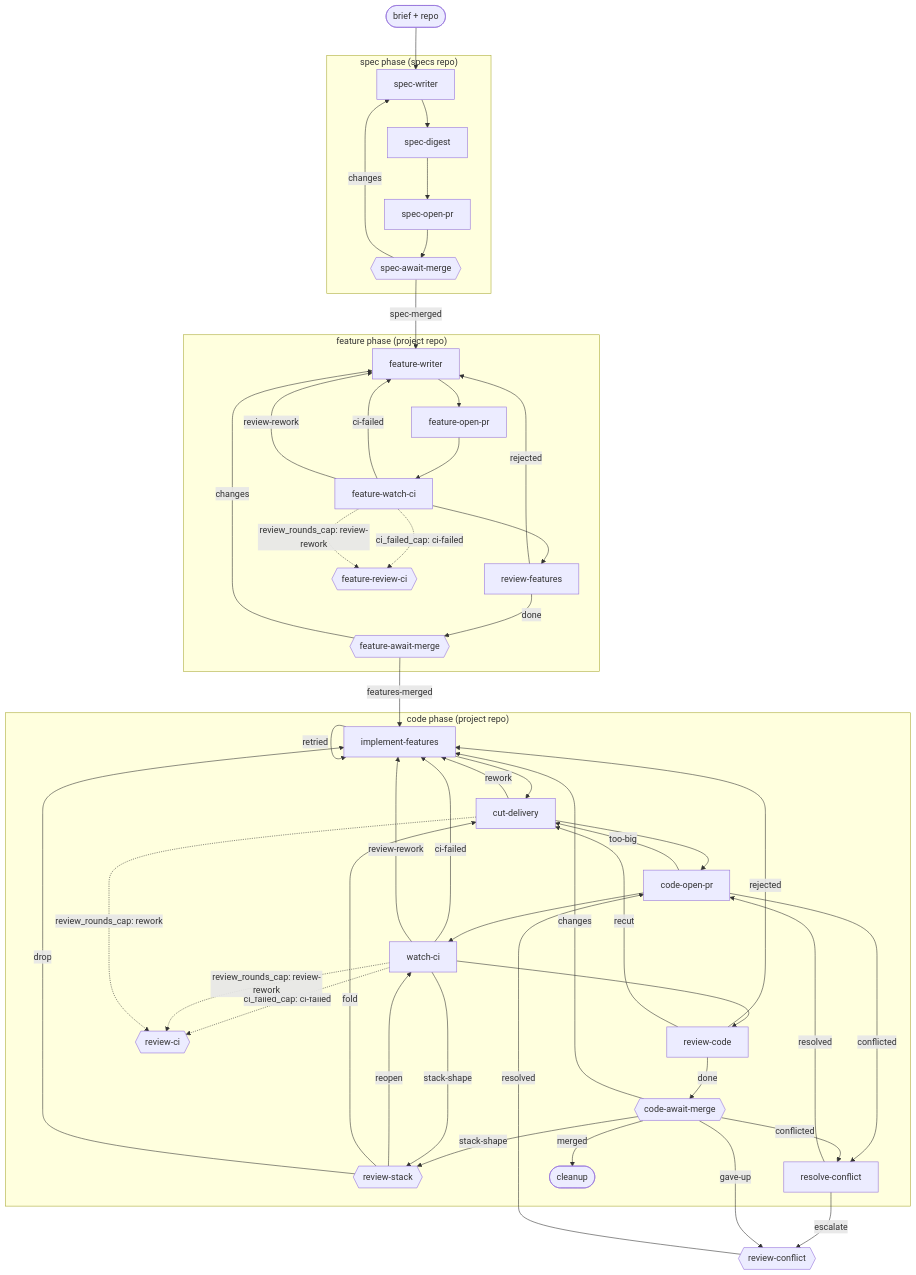
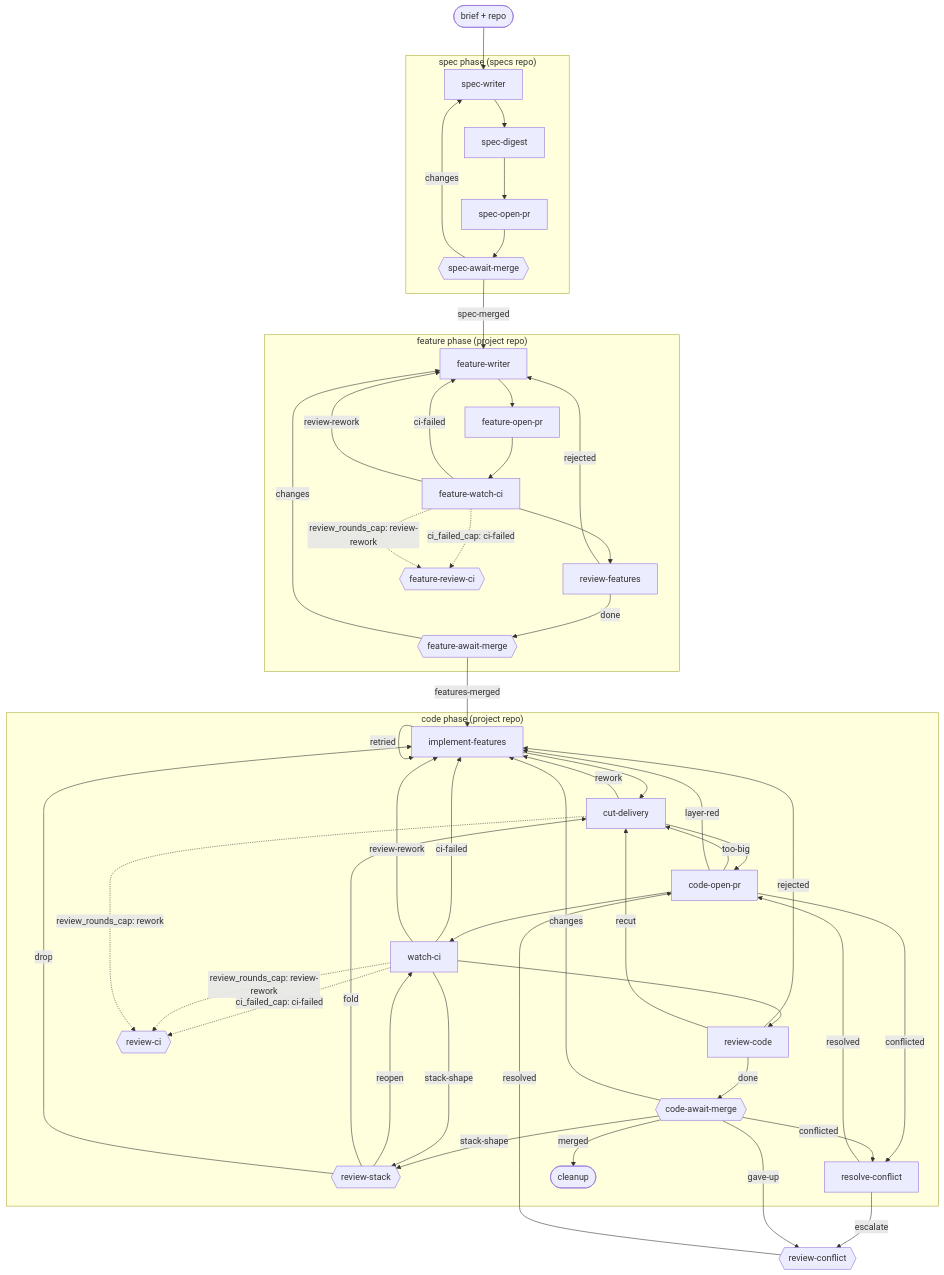
The diagram in docs/bdd-driven.md (kenmclennan/lightcycle-workflows), drawn with Mermaid before and after one commit. The commit also changed other lines of this file and 11 other files, not shown here.

First line of the commit message:
feat(workflows): route a red layer back to the coder with a layer-red edge

````diff
--- a/docs/bdd-driven.md
+++ b/docs/bdd-driven.md
@@ -15,47 +15,48 @@
 ```mermaid
 flowchart TD
     brief(["brief + repo"]) --> SW["spec-writer"]
     subgraph S ["spec phase (specs repo)"]
         SW --> SD["spec-digest"] --> SOP["spec-open-pr"] --> SAM{{"spec-await-merge"}}
         SAM -->|changes| SW
     end
     SAM -->|spec-merged| FW["feature-writer"]
     subgraph F ["feature phase (project repo)"]
         FW --> FOP["feature-open-pr"] --> FWCI["feature-watch-ci"] --> RF["review-features"]
         FWCI -->|ci-failed| FW
         FWCI -->|review-rework| FW
         FWCI -.->|"ci_failed_cap: ci-failed"| FRCI{{"feature-review-ci"}}
         FWCI -.->|"review_rounds_cap: review-rework"| FRCI
         RF -->|rejected| FW
         RF -->|done| FAM{{"feature-await-merge"}}
         FAM -->|changes| FW
     end
     FAM -->|features-merged| IF["implement-features"]
     subgraph C ["code phase (project repo)"]
         IF --> CD["cut-delivery"] --> COP["code-open-pr"] --> WCI["watch-ci"] --> RC["review-code"]
         WCI -->|ci-failed| IF
         WCI -->|review-rework| IF
         WCI -.->|"ci_failed_cap: ci-failed"| RCI{{"review-ci"}}
         WCI -.->|"review_rounds_cap: review-rework"| RCI
         CD -->|rework| IF
         CD -.->|"review_rounds_cap: rework"| RCI
         RC -->|rejected| IF
         RC -->|done| CAM{{"code-await-merge"}}
         CAM -->|changes| IF
         IF -->|retried| IF
         RC -->|recut| CD
         CAM -->|stack-shape| RS{{"review-stack"}}
         WCI -->|stack-shape| RS
         RS -->|reopen| WCI
         RS -->|fold| CD
         RS -->|drop| IF
         COP -->|conflicted| RCF["resolve-conflict"]
         COP -->|too-big| CD
+        COP -->|layer-red| IF
         CAM -->|conflicted| RCF
         RCF -->|resolved| COP
         CAM -->|merged| CU(["cleanup"])
     end
     RCF -->|escalate| RCON{{"review-conflict"}}
     CAM -->|gave-up| RCON
     RCON -->|resolved| COP
 ```
````
